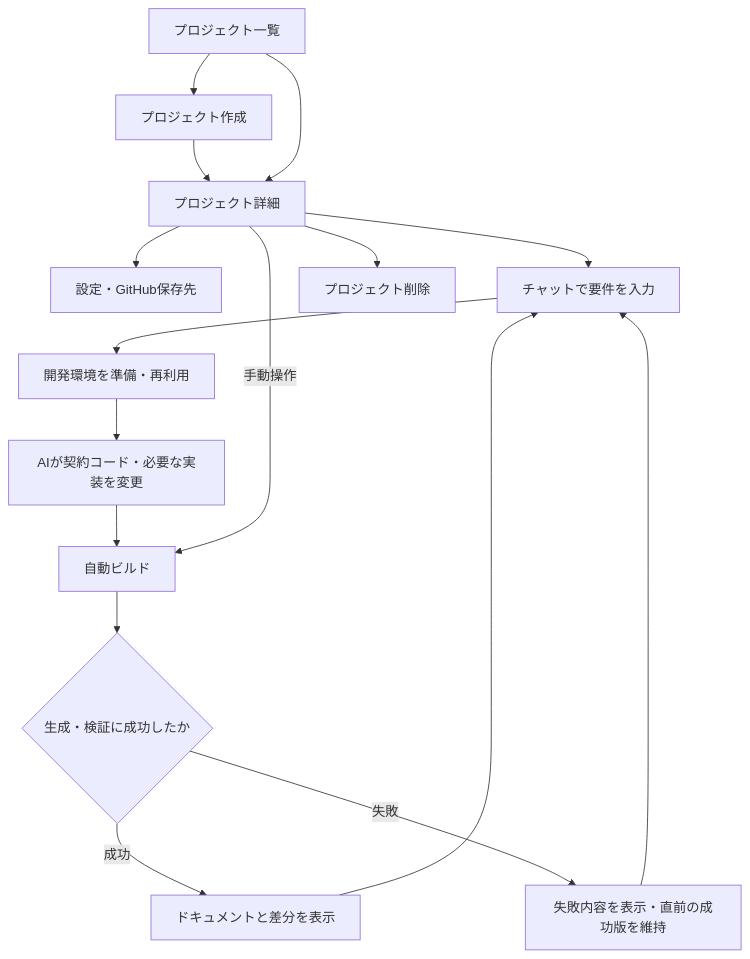
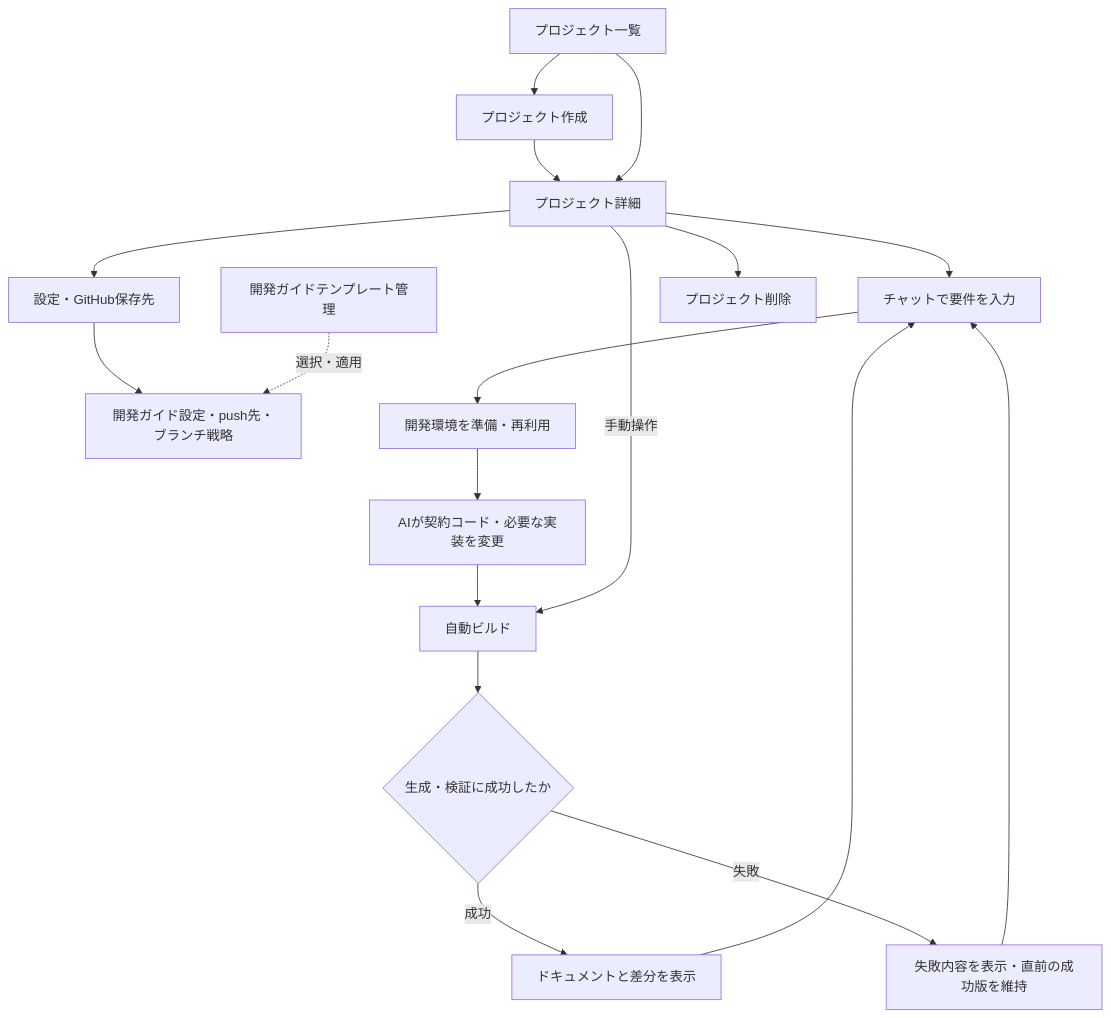
Before and after one commit to sasano8/myworkflow: the diagram in examples/apps/myworkflow_web/README.md, drawn with Mermaid. The commit also changed other lines of this file, not shown here.

Commit message:
Record agreed web requirements and development guide settings

````diff
--- a/examples/apps/myworkflow_web/README.md
+++ b/examples/apps/myworkflow_web/README.md
@@ -11,18 +11,20 @@
 ```mermaid
 flowchart TD
     list[プロジェクト一覧] --> create[プロジェクト作成]
     create --> detail[プロジェクト詳細]
     list --> detail
     detail --> settings[設定・GitHub保存先]
+    settings --> guide[開発ガイド設定・push先・ブランチ戦略]
+    templates[開発ガイドテンプレート管理] -. 選択・適用 .-> guide
     detail --> chat[チャットで要件を入力]
     chat --> workspace[開発環境を準備・再利用]
     workspace --> update[AIが契約コード・必要な実装を変更]
     update --> build[自動ビルド]
     detail -->|手動操作| build
     build --> check{生成・検証に成功したか}
     check -->|成功| preview[ドキュメントと差分を表示]
     check -->|失敗| failure[失敗内容を表示・直前の成功版を維持]
     preview --> chat
     failure --> chat
     detail --> remove[プロジェクト削除]
 ```
````
